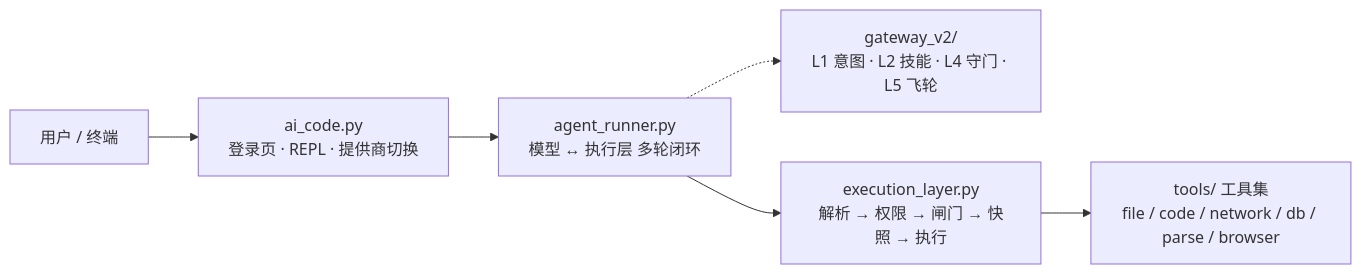
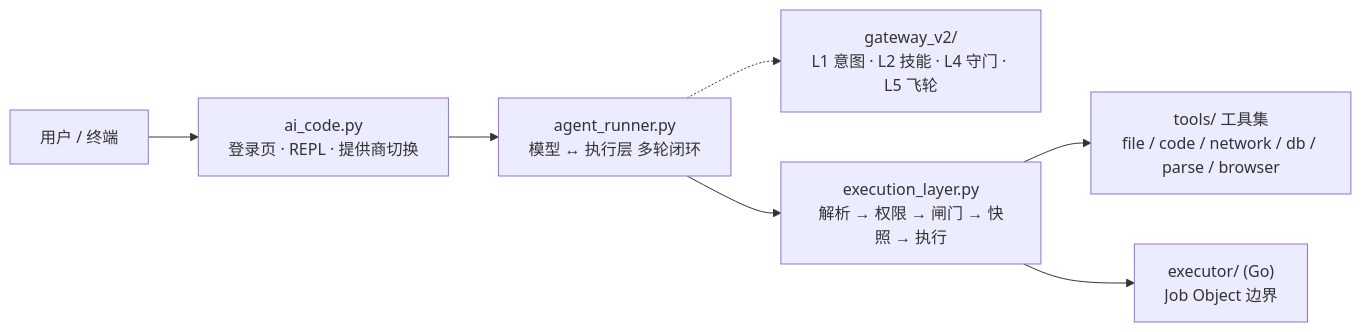
The diagram in README.zh-CN.md (ace-code-engine/ace-agent), drawn with Mermaid before and after one commit. The commit also changed other lines of this file and 1 other file, not shown here.

````diff
--- a/README.zh-CN.md
+++ b/README.zh-CN.md
@@ -209,11 +170,13 @@
 ```mermaid
 flowchart LR
     U["用户 / 终端"]
     CLI["ai_code.py<br/>登录页 · REPL · 提供商切换"]
     LOOP["agent_runner.py<br/>模型 ↔ 执行层 多轮闭环"]
     GW["gateway_v2/<br/>L1 意图 · L2 技能 · L4 守门 · L5 飞轮"]
     EL["execution_layer.py<br/>解析 → 权限 → 闸门 → 快照 → 执行"]
     T["tools/ 工具集<br/>file / code / network / db / parse / browser"]
+    EX["executor/ (Go)<br/>Job Object 边界"]
     U --> CLI --> LOOP --> EL --> T
     LOOP -.-> GW
+    EL --> EX
 ```
````
